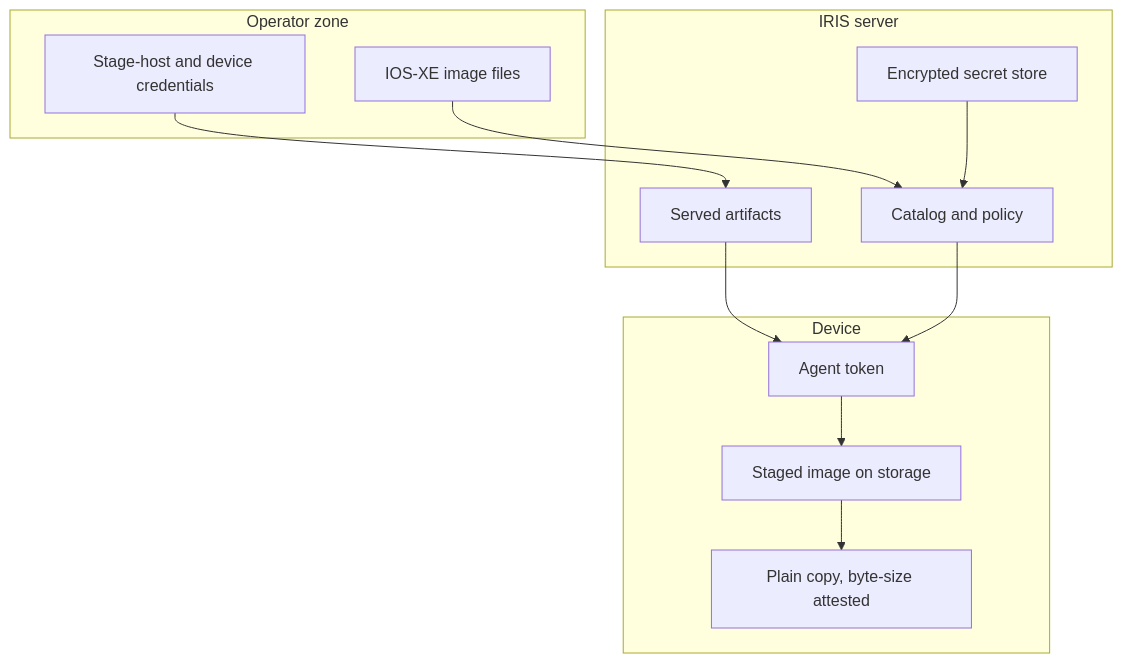
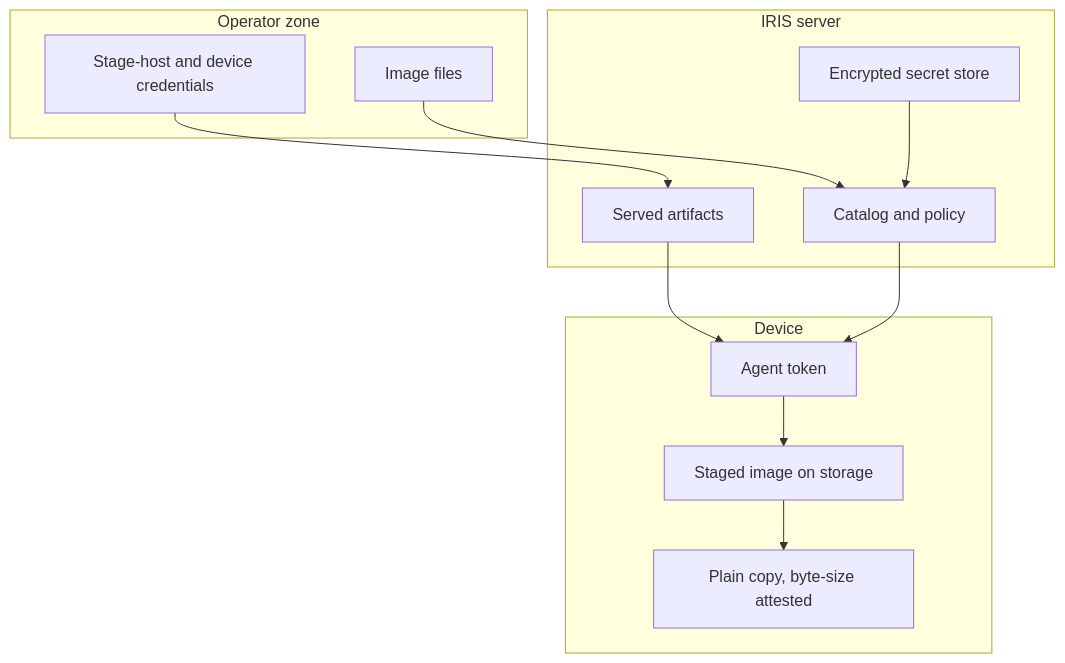
Before and after one commit to cisco-open/intelligent-release-image-staging: the diagram in docs/zensical/security.md, drawn with Mermaid. The commit also changed other lines of this file and 9 other files, not shown here.

````diff
--- a/docs/zensical/security.md
+++ b/docs/zensical/security.md
@@ -84,25 +84,25 @@
 ```mermaid
 flowchart TB
     subgraph OperatorZone["Operator zone"]
-        Images["IOS-XE image files"]
+        Images["Image files"]
         Credentials["Stage-host and device credentials"]
     end
     subgraph ServerZone["IRIS server"]
         Catalog["Catalog and policy"]
         Secrets["Encrypted secret store"]
         Artifacts["Served artifacts"]
     end
     subgraph DeviceZone["Device"]
         Agent["Agent token"]
         Flash["Staged image on storage"]
         IOS["Plain copy, byte-size attested"]
     end
 
     Images --> Catalog
     Credentials --> Artifacts
     Secrets --> Catalog
     Artifacts --> Agent
     Catalog --> Agent
     Agent --> Flash
     Flash --> IOS
 ```
````
